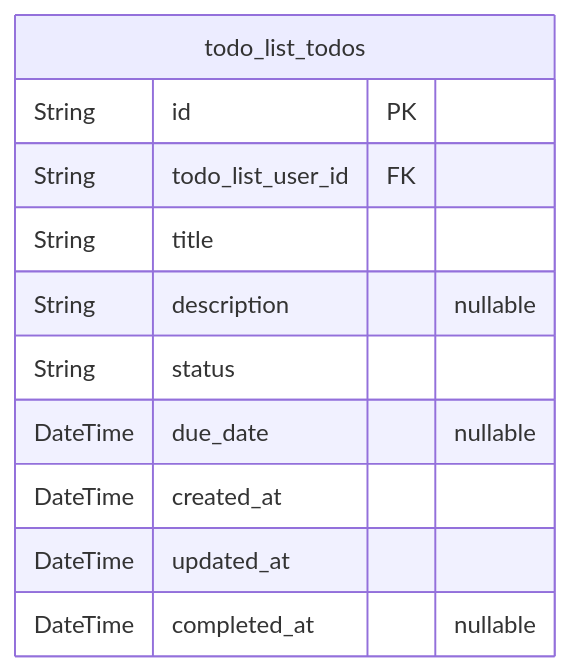
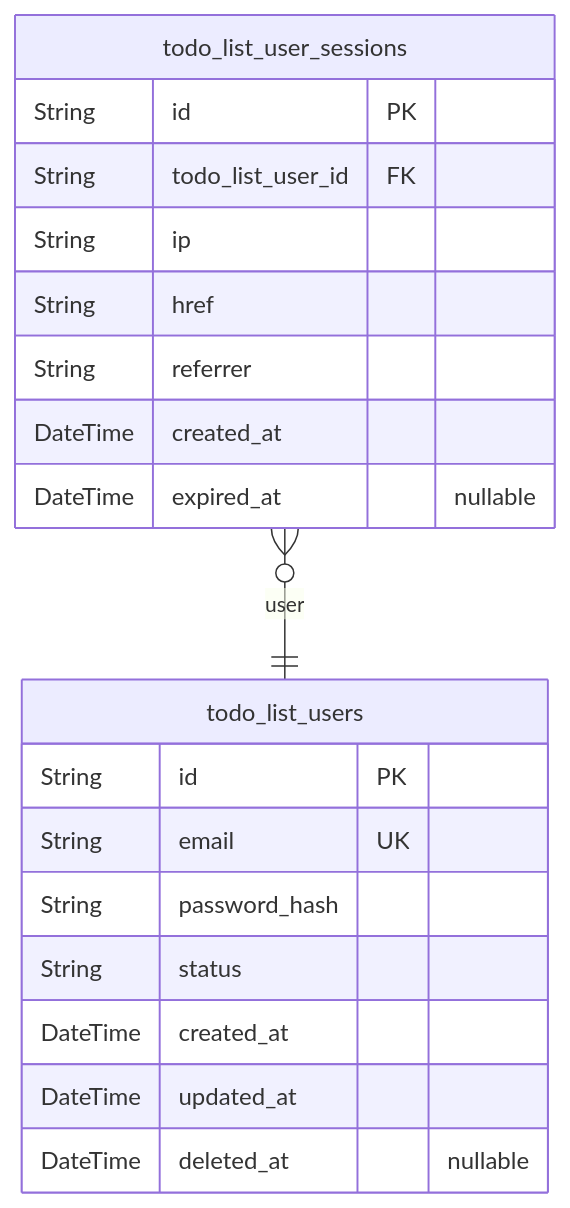
Before and after one commit to wrtnlabs/autobe-examples: the second of 3 diagrams in deepseek/deepseek-v3.1-terminus-exacto/todo/docs/ERD.md, drawn with Mermaid. The commit also changed other lines of this file and 1725 other files, not shown here.

````diff
--- a/deepseek/deepseek-v3.1-terminus-exacto/todo/docs/ERD.md
+++ b/deepseek/deepseek-v3.1-terminus-exacto/todo/docs/ERD.md
@@ -273,14 +76,22 @@
 ```mermaid
 erDiagram
-"todo_list_todos" {
+"todo_list_users" {
+  String id PK
+  String email UK
+  String password_hash
+  String status
+  DateTime created_at
+  DateTime updated_at
+  DateTime deleted_at "nullable"
+}
+"todo_list_user_sessions" {
   String id PK
   String todo_list_user_id FK
-  String title
-  String description "nullable"
-  String status
-  DateTime due_date "nullable"
+  String ip
+  String href
+  String referrer
   DateTime created_at
-  DateTime updated_at
-  DateTime completed_at "nullable"
+  DateTime expired_at "nullable"
 }
+"todo_list_user_sessions" }o--|| "todo_list_users" : user
 ```
````
